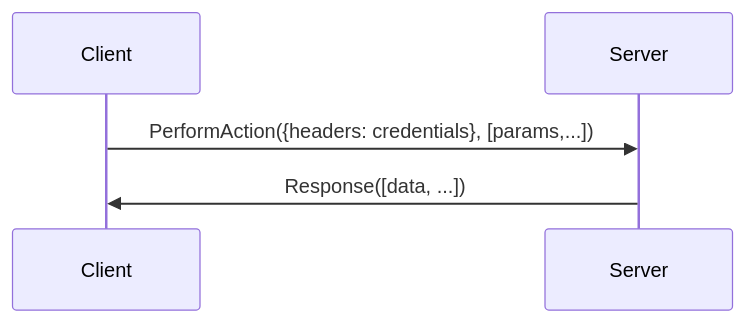
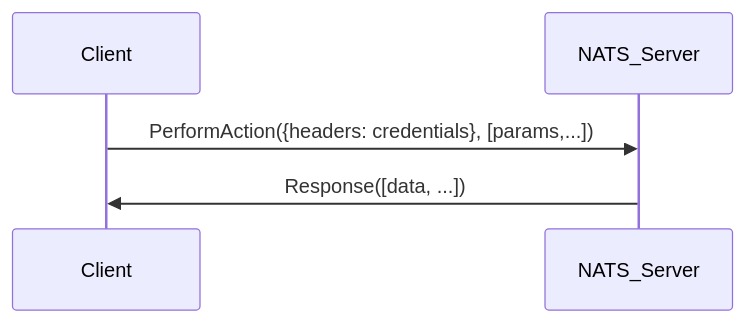
One commit to adimian/kova changed the fifth of 8 diagrams in kova/authentication/docs.md. Above: the diagram before and after it, drawn with Mermaid. The commit also changed other lines of this file, not shown here.

````diff
--- a/kova/authentication/docs.md
+++ b/kova/authentication/docs.md
@@ -43,5 +43,5 @@
 ```mermaid
 sequenceDiagram
-    Client ->> Server: PerformAction({headers: credentials}, [params,...])
-    Server ->> Client: Response([data, ...])
+    Client ->> NATS_Server: PerformAction({headers: credentials}, [params,...])
+    NATS_Server ->> Client: Response([data, ...])
 ```
````
